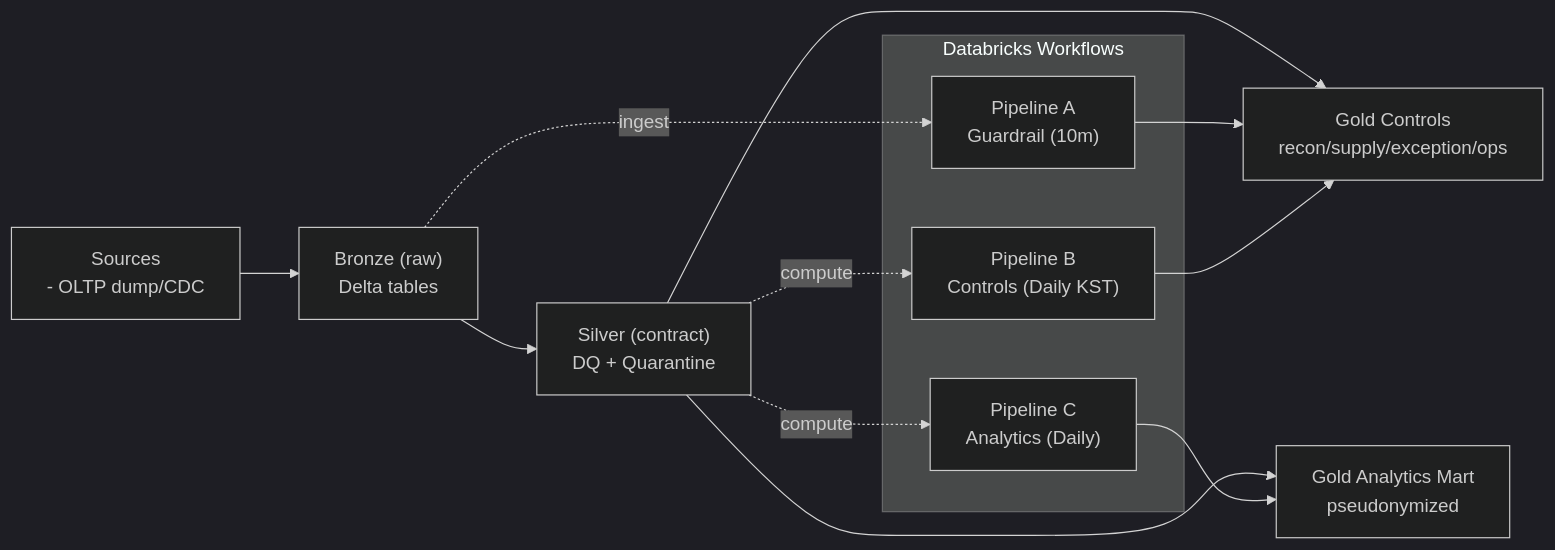
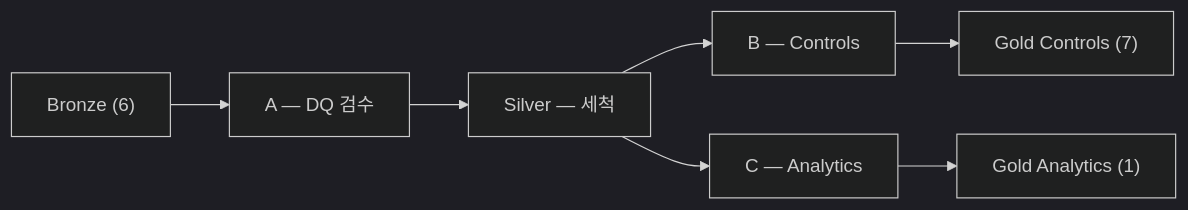
The second of 3 diagrams in Document Standardization Page/2. 시스템 설계 단계 (System Design)/2.1.1 통제 및 분석 레이어 아키텍쳐 (controls analytics layer architecture).md (Naver-Dunamu-Merge-TF/NSC-Document), drawn with Mermaid (dark theme) before and after one commit. The commit also changed other lines of this file, not shown here.

````diff
--- a/Document Standardization Page/2. 시스템 설계 단계 (System Design)/2.1.1 통제 및 분석 레이어 아키텍쳐 (controls analytics layer architecture).md
+++ b/Document Standardization Page/2. 시스템 설계 단계 (System Design)/2.1.1 통제 및 분석 레이어 아키텍쳐 (controls analytics layer architecture).md
@@ -131,20 +202,9 @@
 ```mermaid
 flowchart LR
-  SRC["Sources<br/>- OLTP dump/CDC"] --> BR["Bronze (raw)<br/>Delta tables"]
-  BR --> SI["Silver (contract)<br/>DQ + Quarantine"]
-  SI --> GC["Gold Controls<br/>recon/supply/exception/ops"]
-  SI --> GA["Gold Analytics Mart<br/>pseudonymized"]
-
-  subgraph JOBS["Databricks Workflows"]
-    A["Pipeline A<br/>Guardrail (10m)"]
-    B["Pipeline B<br/>Controls (Daily KST)"]
-    C["Pipeline C<br/>Analytics (Daily)"]
-  end
-
-  BR -. ingest .-> A
-  SI -. compute .-> B
-  SI -. compute .-> C
-  A --> GC
-  B --> GC
-  C --> GA
+  BR["Bronze (6)"] --> A["A — DQ 검수"]
+  A --> SIL["Silver — 세척"]
+  SIL --> B["B — Controls"]
+  SIL --> C["C — Analytics"]
+  B --> GC["Gold Controls (7)"]
+  C --> GA["Gold Analytics (1)"]
 ```
````
